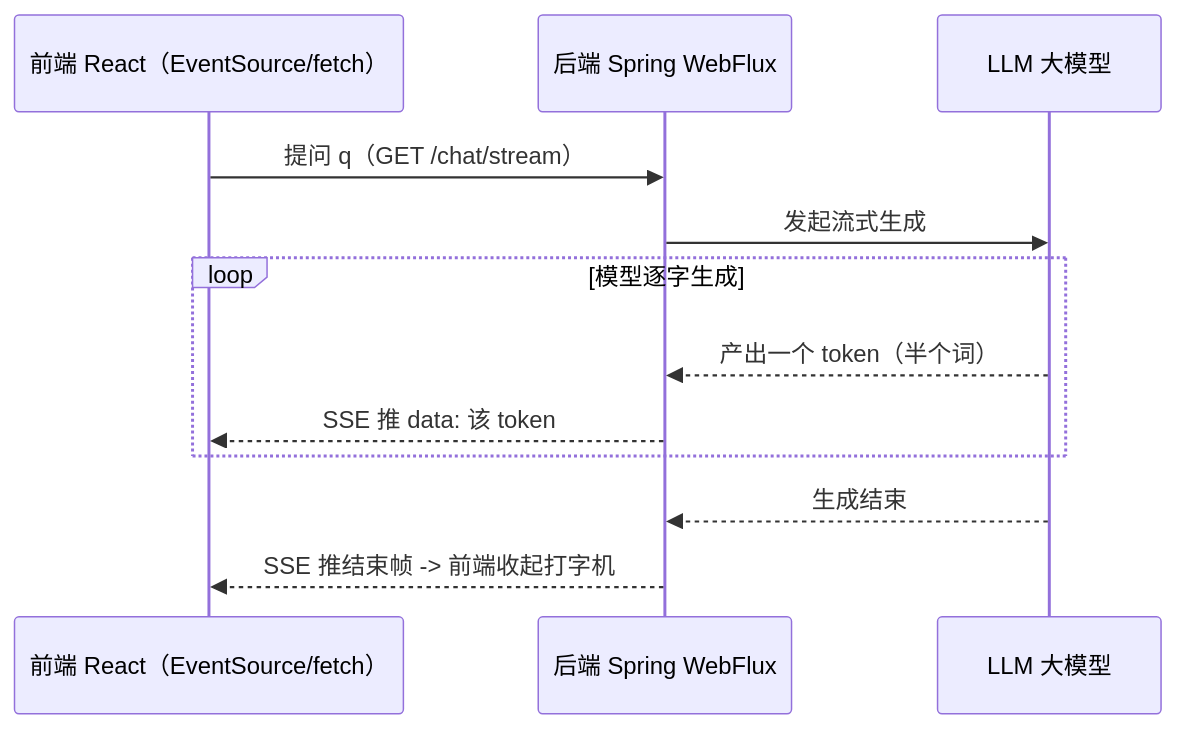
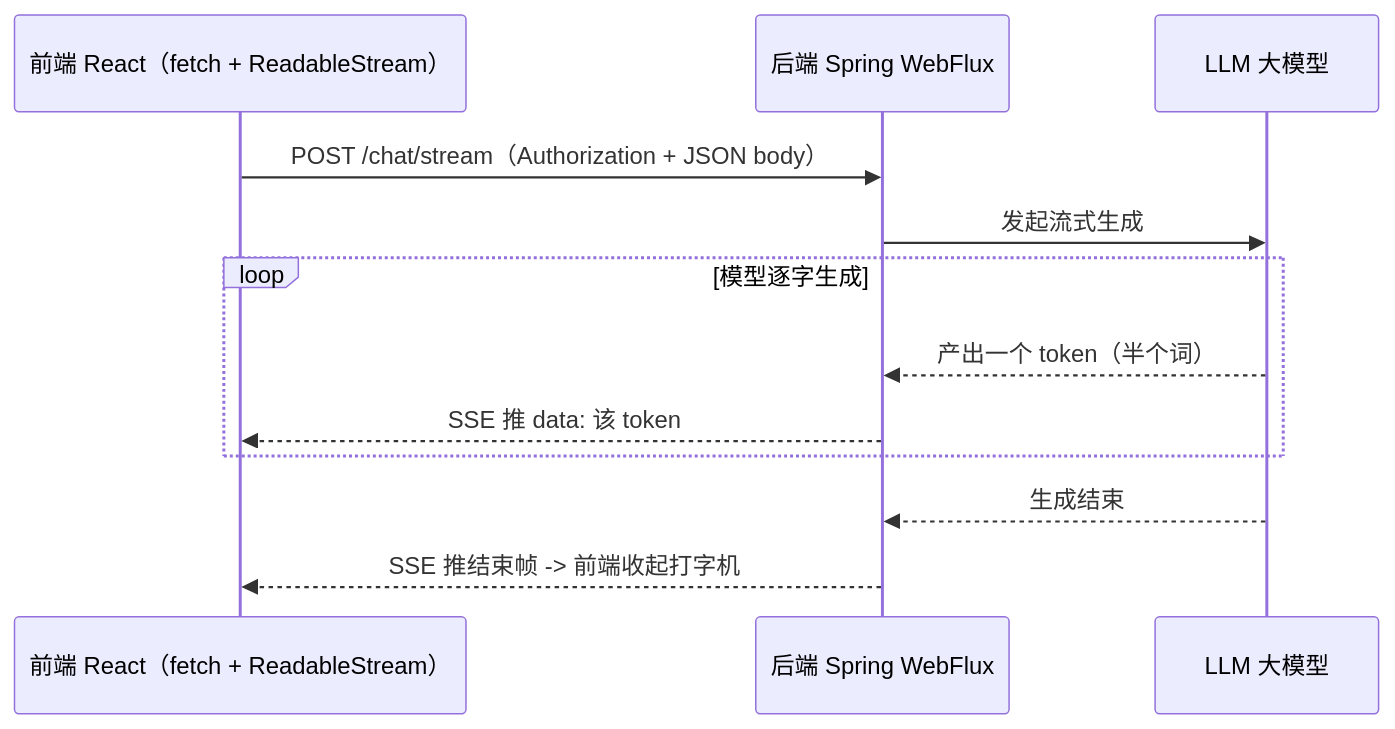
Before and after one commit to CrazyForks/java-full-stack: the third of 3 diagrams in docs/07-阶段七-全栈融合与项目实战/04-项目三-AI应用平台.md, drawn with Mermaid. The commit also changed other lines of this file and 58 other files, not shown here.

````diff
--- a/docs/07-阶段七-全栈融合与项目实战/04-项目三-AI应用平台.md
+++ b/docs/07-阶段七-全栈融合与项目实战/04-项目三-AI应用平台.md
@@ -182,14 +186,14 @@
 ```mermaid
 sequenceDiagram
-    participant U as 前端 React（EventSource/fetch）
+    participant U as 前端 React（fetch + ReadableStream）
     participant B as 后端 Spring WebFlux
     participant L as LLM 大模型
-    U->>B: 提问 q（GET /chat/stream）
+    U->>B: POST /chat/stream（Authorization + JSON body）
     B->>L: 发起流式生成
     loop 模型逐字生成
         L-->>B: 产出一个 token（半个词）
         B-->>U: SSE 推 data: 该 token
     end
     L-->>B: 生成结束
     B-->>U: SSE 推结束帧 -> 前端收起打字机
 ```
````
